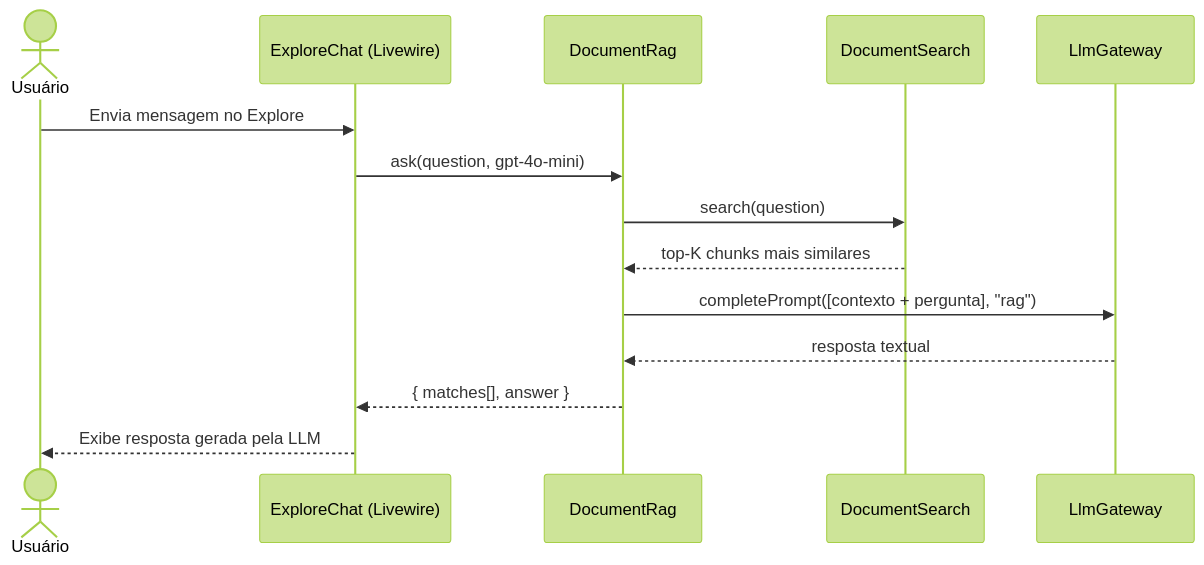
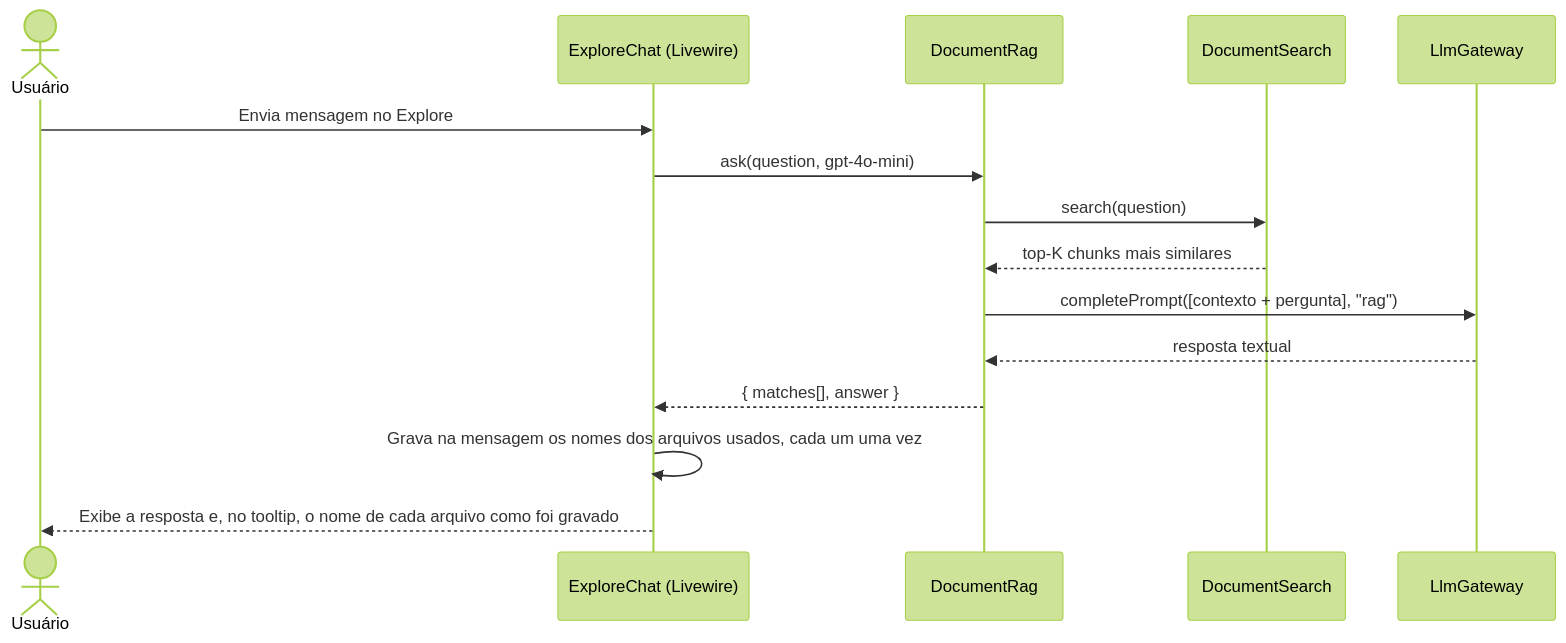
The third of 5 diagrams in docs/rag.md (Fredrumond/pm_helper), drawn with Mermaid (forest theme) before and after one commit. The commit also changed other lines of this file and 6 other files, not shown here.

Commit message:
Mostrar no tooltip da resposta do Explore o nome de cada arquivo usado, para conferir a fonte sem misturar referência ao texto.

````diff
--- a/docs/rag.md
+++ b/docs/rag.md
@@ -90,17 +90,18 @@
 ```mermaid
 sequenceDiagram
     actor U as Usuário
     participant E as ExploreChat (Livewire)
     participant R as DocumentRag
     participant S as DocumentSearch
     participant L as LlmGateway
 
     U->>E: Envia mensagem no Explore
     E->>R: ask(question, gpt-4o-mini)
     R->>S: search(question)
     S-->>R: top-K chunks mais similares
     R->>L: completePrompt([contexto + pergunta], "rag")
     L-->>R: resposta textual
     R-->>E: { matches[], answer }
-    E-->>U: Exibe resposta gerada pela LLM
+    E->>E: Grava na mensagem os nomes dos arquivos usados, cada um uma vez
+    E-->>U: Exibe a resposta e, no tooltip, o nome de cada arquivo como foi gravado
 ```
````
